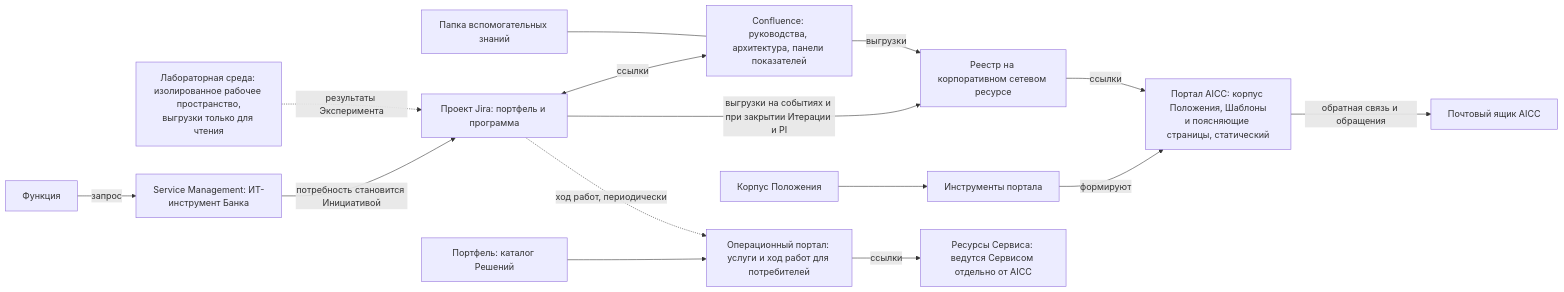
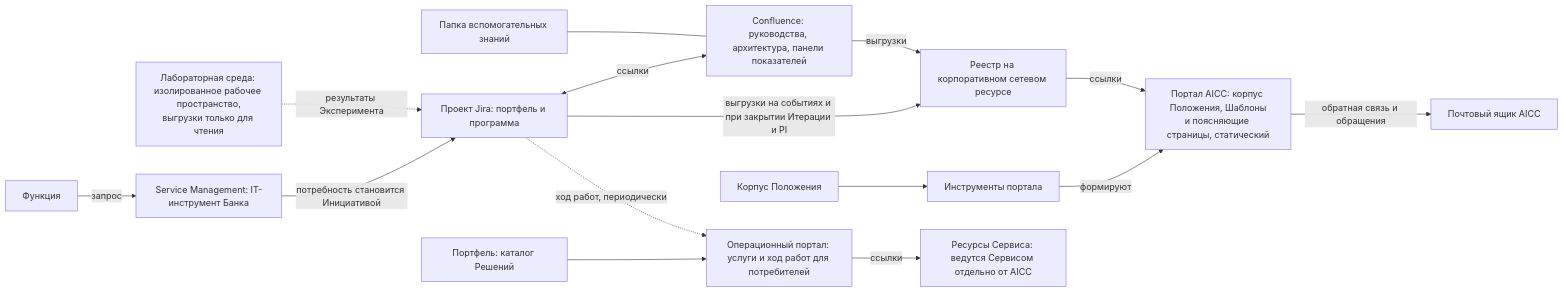
The diagram in charter/ru/workflows/collaboration-tooling.md (devhogu/ob-aicc), drawn with Mermaid before and after one commit. The commit also changed other lines of this file and 768 other files, not shown here.

````diff
--- a/charter/ru/workflows/collaboration-tooling.md
+++ b/charter/ru/workflows/collaboration-tooling.md
@@ -17,17 +17,17 @@
 ```mermaid
 flowchart LR
-  F["Функция"] -->|"запрос"| SM["Service Management: ИТ-инструмент Банка"]
+  F["Функция"] -->|"запрос"| SM["Service Management: IT-инструмент Банка"]
   SM -->|"потребность становится Инициативой"| J["Проект Jira: портфель и программа"]
   J <-->|"ссылки"| C["Confluence: руководства, архитектура, панели показателей"]
   K["Папка вспомогательных знаний"] --- C
   J -->|"выгрузки на событиях и при закрытии Итерации и PI"| R["Реестр на корпоративном сетевом ресурсе"]
   C -->|"выгрузки"| R
   CH["Корпус Положения"] --> PT["Инструменты портала"]
   PT -->|"формируют"| AP["Портал AICC: корпус Положения, Шаблоны<br/>и поясняющие страницы, статический"]
   R -->|"ссылки"| AP
   AP -->|"обратная связь и обращения"| MB["Почтовый ящик AICC"]
   LB["Лабораторная среда: изолированное рабочее пространство,<br/>выгрузки только для чтения"] -.->|"результаты Эксперимента"| J
   P["Портфель: каталог Решений"] --> OP["Операционный портал: услуги и ход работ для потребителей"]
   J -.->|"ход работ, периодически"| OP
   OP -->|"ссылки"| SP["Ресурсы Сервиса: ведутся Сервисом отдельно от AICC"]
 ```
````
